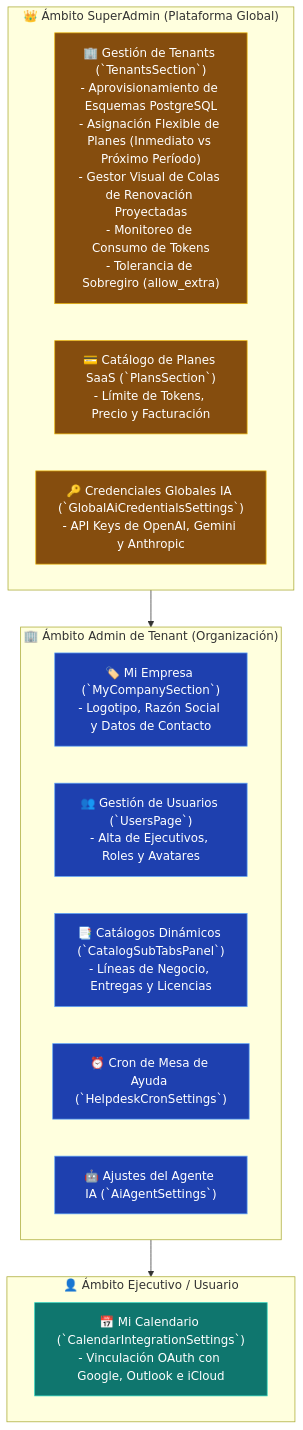
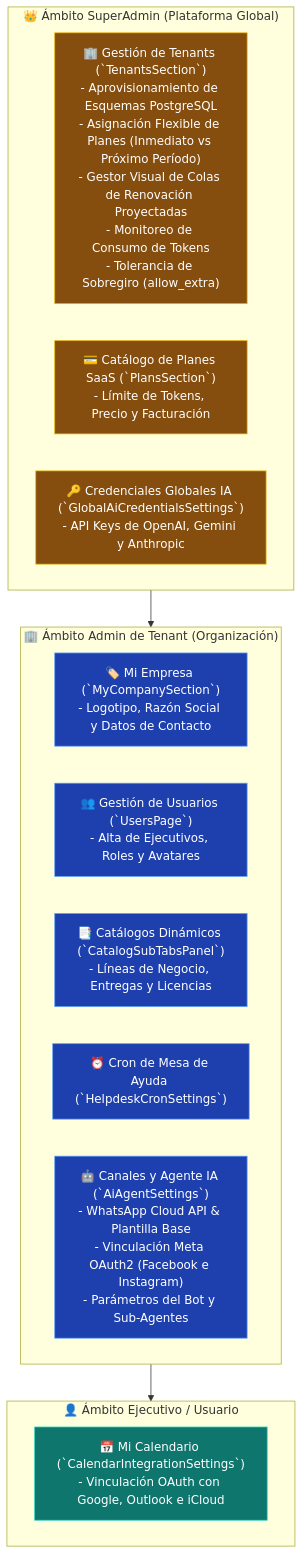
Before and after one commit to DesarrolloTibs/crm-tibs-app: the diagram in Proyectos/CRM TIBS - Centro de Configuracion, Tenants & Roles.md, drawn with Mermaid. The commit also changed other lines of this file and 10 other files, not shown here.

````diff
--- a/Proyectos/CRM TIBS - Centro de Configuracion, Tenants & Roles.md
+++ b/Proyectos/CRM TIBS - Centro de Configuracion, Tenants & Roles.md
@@ -22,31 +22,31 @@
 ```mermaid
 graph TD
     subgraph AmbitoSuperAdmin ["👑 Ámbito SuperAdmin (Plataforma Global)"]
         Tenants["🏢 Gestión de Tenants (`TenantsSection`)<br/>- Aprovisionamiento de Esquemas PostgreSQL<br/>- Asignación Flexible de Planes (Inmediato vs Próximo Período)<br/>- Gestor Visual de Colas de Renovación Proyectadas<br/>- Monitoreo de Consumo de Tokens<br/>- Tolerancia de Sobregiro (allow_extra)"]
         Plans["💳 Catálogo de Planes SaaS (`PlansSection`)<br/>- Límite de Tokens, Precio y Facturación"]
         AICreds["🔑 Credenciales Globales IA (`GlobalAiCredentialsSettings`)<br/>- API Keys de OpenAI, Gemini y Anthropic"]
     end
 
     subgraph AmbitoAdmin ["🏢 Ámbito Admin de Tenant (Organización)"]
         Company["🏷️ Mi Empresa (`MyCompanySection`)<br/>- Logotipo, Razón Social y Datos de Contacto"]
         Users["👥 Gestión de Usuarios (`UsersPage`)<br/>- Alta de Ejecutivos, Roles y Avatares"]
         Catalogs["📑 Catálogos Dinámicos (`CatalogSubTabsPanel`)<br/>- Líneas de Negocio, Entregas y Licencias"]
         CronSLA["⏰ Cron de Mesa de Ayuda (`HelpdeskCronSettings`)"]
-        BotConfig["🤖 Ajustes del Agente IA (`AiAgentSettings`)"]
+        BotConfig["🤖 Canales y Agente IA (`AiAgentSettings`)<br/>- WhatsApp Cloud API & Plantilla Base<br/>- Vinculación Meta OAuth2 (Facebook e Instagram)<br/>- Parámetros del Bot y Sub-Agentes"]
     end
 
     subgraph AmbitoPersonal ["👤 Ámbito Ejecutivo / Usuario"]
         MyCal["📅 Mi Calendario (`CalendarIntegrationSettings`)<br/>- Vinculación OAuth con Google, Outlook e iCloud"]
     end
 
     AmbitoSuperAdmin --> AmbitoAdmin
     AmbitoAdmin --> AmbitoPersonal
 
     classDef sa fill:#854d0e,stroke:#eab308,color:#fff;
     classDef adm fill:#1e40af,stroke:#60a5fa,color:#fff;
     classDef usr fill:#0f766e,stroke:#2dd4bf,color:#fff;
 
     class Tenants,Plans,AICreds sa;
     class Company,Users,Catalogs,CronSLA,BotConfig adm;
     class MyCal usr;
 ```
````
